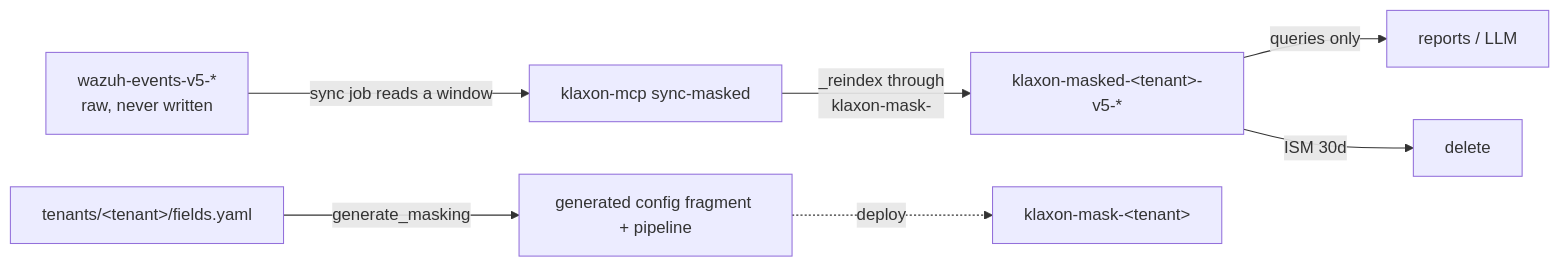
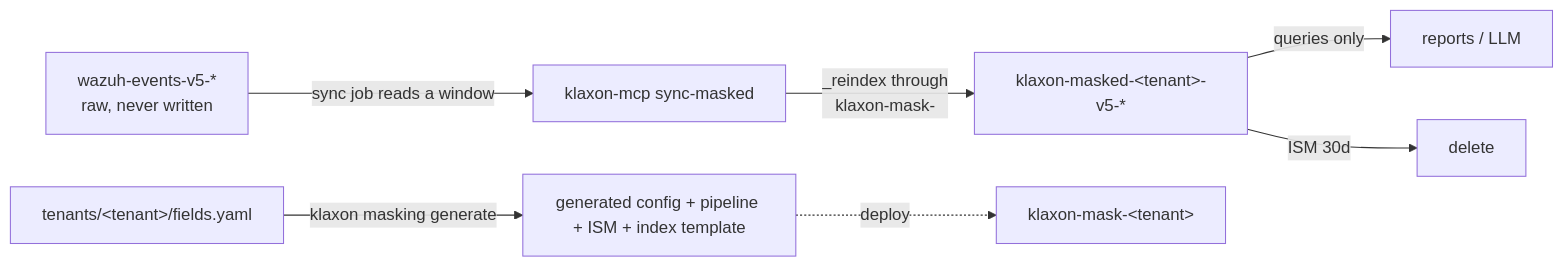
One commit to sec73/klaxon changed the diagram in docs/option-b-masked-stream.md. Above: the diagram before and after it, drawn with Mermaid. The commit also changed other lines of this file and 19 other files, not shown here.

Commit message:
- refractor index template and ism template to be generated from masking config

````diff
--- a/docs/option-b-masked-stream.md
+++ b/docs/option-b-masked-stream.md
@@ -24,9 +24,9 @@
 ```mermaid
 flowchart LR
     RAW[wazuh-events-v5-*<br/>raw, never written] -->|sync job reads a window| SYNC[klaxon-mcp sync-masked]
     SYNC -->|"_reindex through<br/>klaxon-mask-<tenant>"| MASKED[klaxon-masked-&lt;tenant&gt;-v5-*]
     MASKED -->|queries only| R[reports / LLM]
     MASKED -->|ISM 30d| DEL[delete]
-    CFG[tenants/&lt;tenant&gt;/fields.yaml] -->|generate_masking| GEN[generated config fragment + pipeline]
+    CFG[tenants/&lt;tenant&gt;/fields.yaml] -->|klaxon masking generate| GEN[generated config + pipeline + ISM + index template]
     GEN -.deploy.-> PIP[klaxon-mask-&lt;tenant&gt;]
 ```
````
